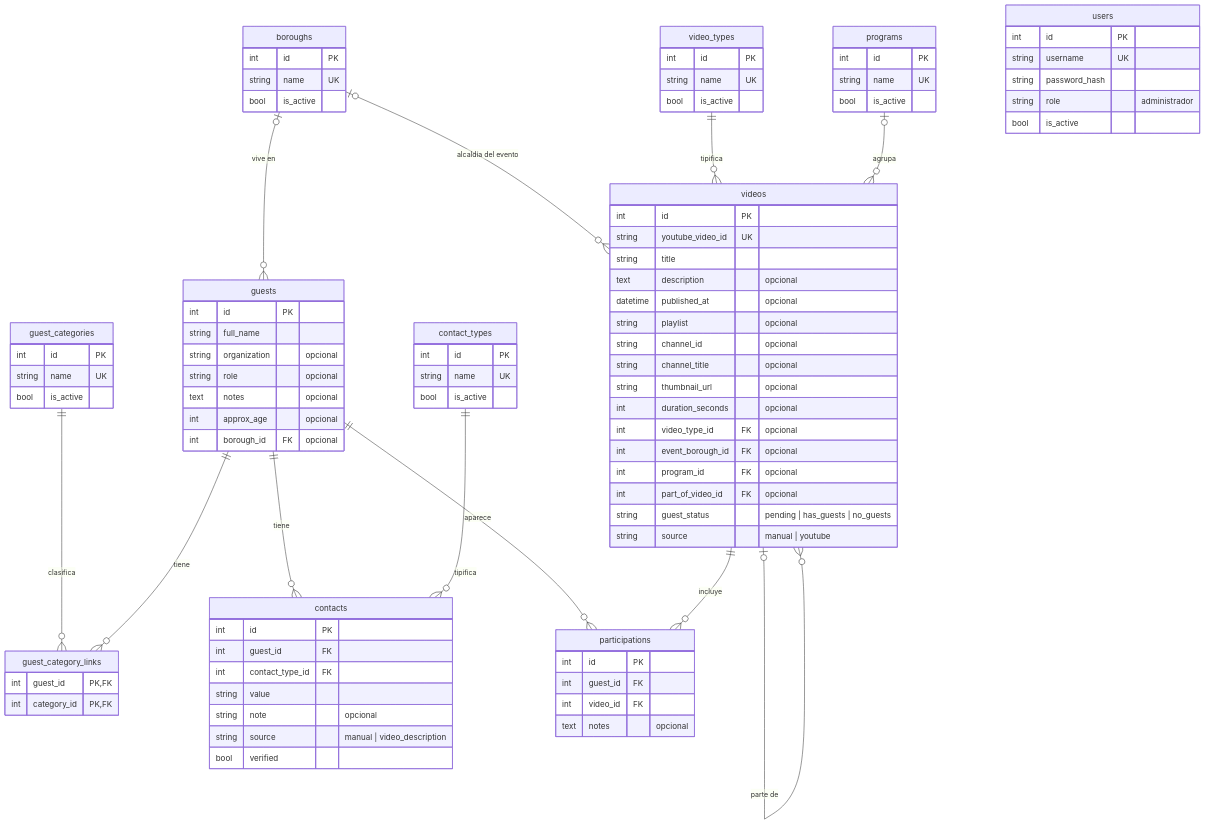
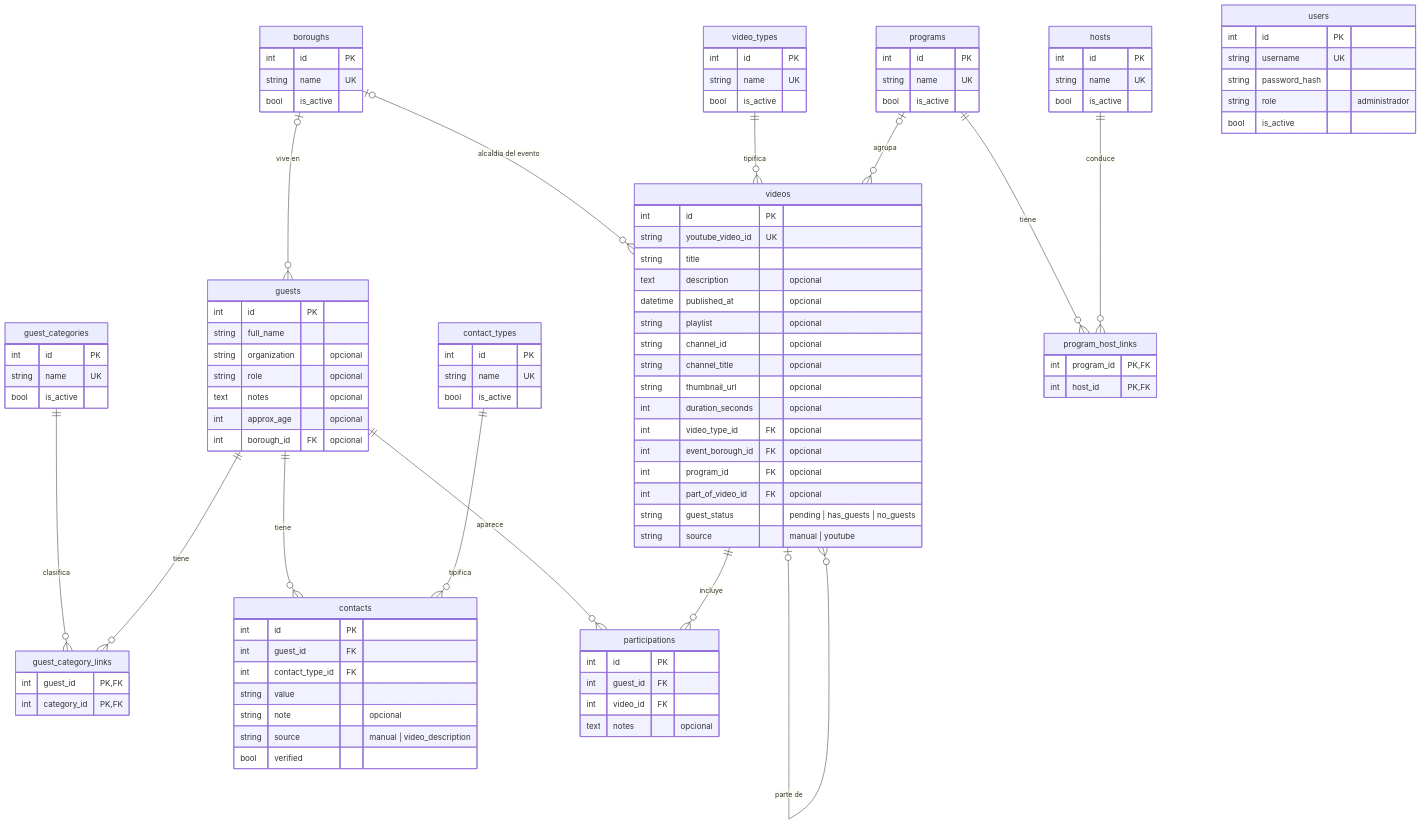
One commit to angel-refugio/xlive-medios-guests changed the diagram in docs/DATA_MODEL.md. Above: the diagram before and after it, drawn with Mermaid. The commit also changed other lines of this file and 14 other files, not shown here.

```diff
--- a/docs/DATA_MODEL.md
+++ b/docs/DATA_MODEL.md
@@ -18,6 +18,8 @@
     videos ||--o{ participations : "incluye"
     video_types ||--o{ videos : "tipifica"
     programs |o--o{ videos : "agrupa"
+    programs ||--o{ program_host_links : "tiene"
+    hosts ||--o{ program_host_links : "conduce"
     videos |o--o{ videos : "parte de"
 
     guests {
@@ -67,6 +69,15 @@
         string name UK
         bool is_active
     }
+    hosts {
+        int id PK
+        string name UK
+        bool is_active
+    }
+    program_host_links {
+        int program_id PK,FK
+        int host_id PK,FK
+    }
     videos {
         int id PK
         string youtube_video_id UK
```
